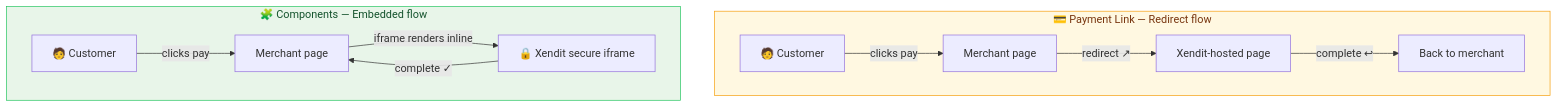
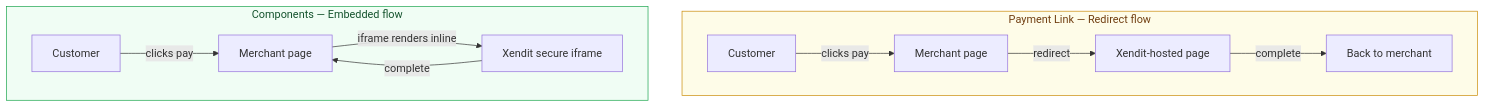
One commit to sabiqovsky/clm-components-guide changed the diagram in content/03-integration-compared.md. Above: the diagram before and after it, drawn with Mermaid. The commit also changed 9 other files, not shown here.

First line of the commit message:
fix: WCAG-compliant Mermaid diagrams, no dark backgrounds

````diff
--- a/content/03-integration-compared.md
+++ b/content/03-integration-compared.md
@@ -17,19 +17,19 @@
 ```mermaid
 flowchart TD
-    subgraph PL["💳 Payment Link — Redirect flow"]
+    subgraph PL["Payment Link — Redirect flow"]
         direction LR
-        A1["🧑 Customer"] -->|"clicks pay"| B1["Merchant page"]
-        B1 -->|"redirect ↗"| C1["Xendit-hosted page"]
-        C1 -->|"complete ↩"| D1["Back to merchant"]
+        A1["Customer"] -->|"clicks pay"| B1["Merchant page"]
+        B1 -->|"redirect"| C1["Xendit-hosted page"]
+        C1 -->|"complete"| D1["Back to merchant"]
     end
 
-    subgraph CO["🧩 Components — Embedded flow"]
+    subgraph CO["Components — Embedded flow"]
         direction LR
-        A2["🧑 Customer"] -->|"clicks pay"| B2["Merchant page"]
-        B2 -->|"iframe renders inline"| C2["🔒 Xendit secure iframe"]
-        C2 -->|"complete ✓"| B2
+        A2["Customer"] -->|"clicks pay"| B2["Merchant page"]
+        B2 -->|"iframe renders inline"| C2["Xendit secure iframe"]
+        C2 -->|"complete"| B2
     end
 
-    style PL fill:#fff8e1,stroke:#f59e0b,color:#78350f
-    style CO fill:#e8f5e9,stroke:#22c55e,color:#14532d
+    style PL fill:#fefce8,stroke:#ca8a04,color:#713f12
+    style CO fill:#f0fdf4,stroke:#16a34a,color:#14532d
 ```
````
